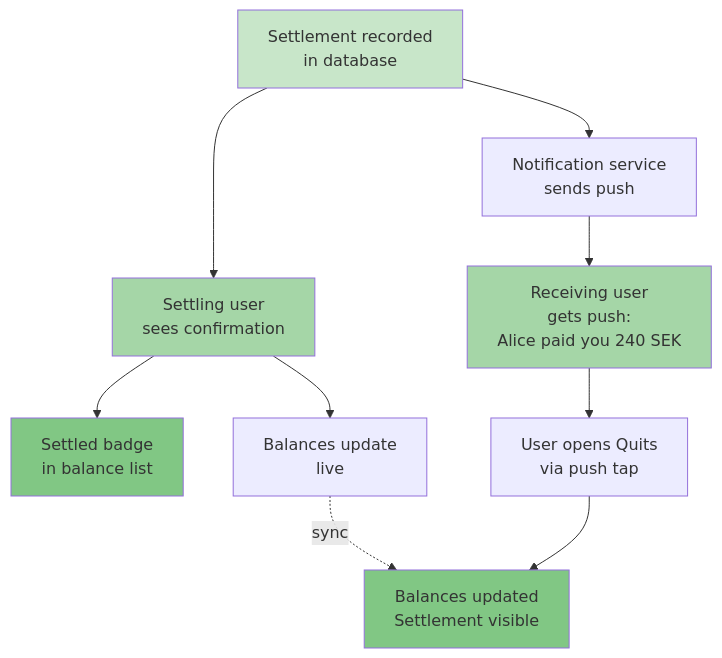
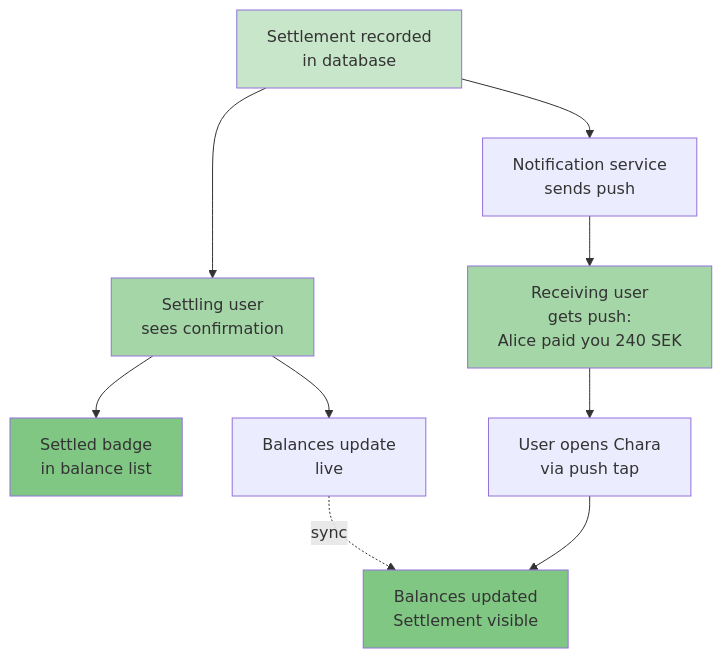
Before and after one commit to DowLucas/chara: the seventh of 8 diagrams in docs/ux/07-balances-settle-up.md, drawn with Mermaid. The commit also changed other lines of this file and 207 other files, not shown here.

````diff
--- a/docs/ux/07-balances-settle-up.md
+++ b/docs/ux/07-balances-settle-up.md
@@ -154,21 +154,21 @@
 ```mermaid
 flowchart TD
     A["Settlement recorded<br/>in database"] --> B["Settling user<br/>sees confirmation"]
     A --> C["Notification service<br/>sends push"]
     
     B --> B1["Settled badge<br/>in balance list"]
     B --> B2["Balances update<br/>live"]
     
     C --> C1["Receiving user<br/>gets push:<br/>Alice paid you 240 SEK"]
     
-    C1 --> C2["User opens Quits<br/>via push tap"]
+    C1 --> C2["User opens Chara<br/>via push tap"]
     C2 --> C3["Balances updated<br/>Settlement visible"]
     
     B2 -.->|sync| C3
     
     style A fill:#c8e6c9
     style B fill:#a5d6a7
     style C1 fill:#a5d6a7
     style B1 fill:#81c784
     style C3 fill:#81c784
 ```
````
